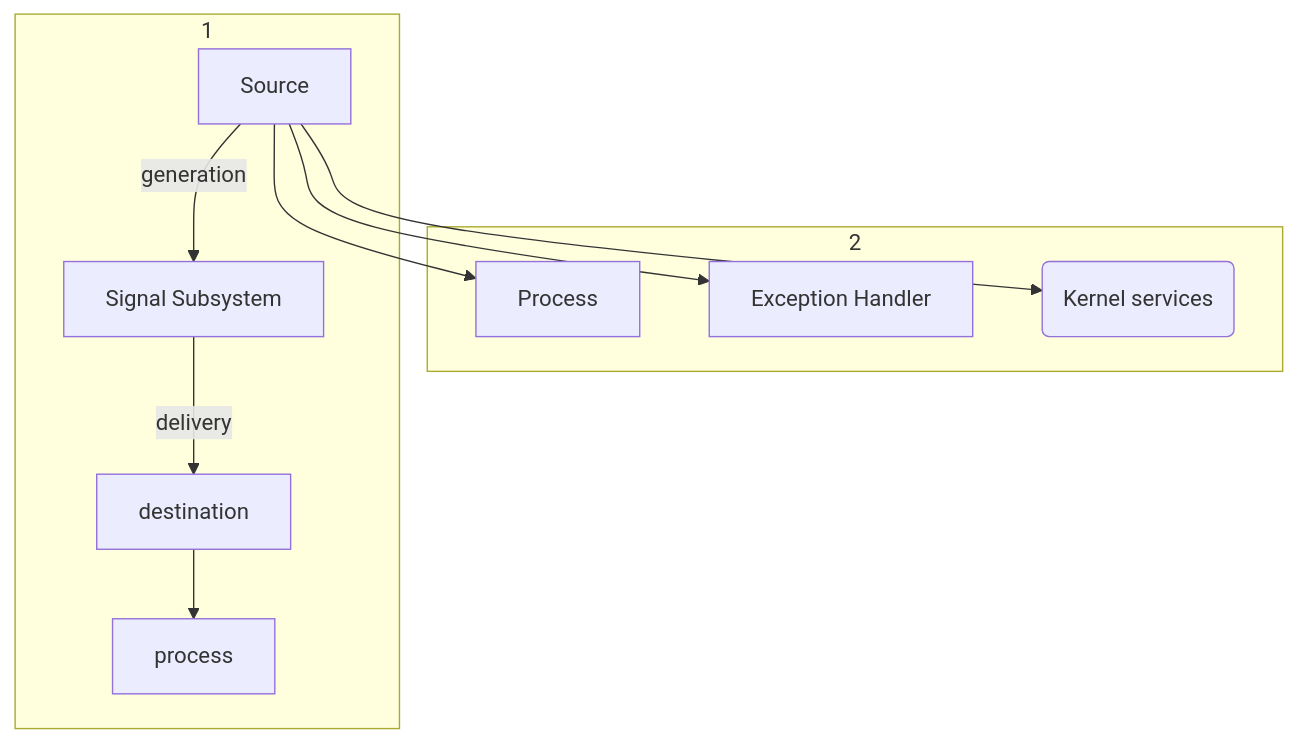
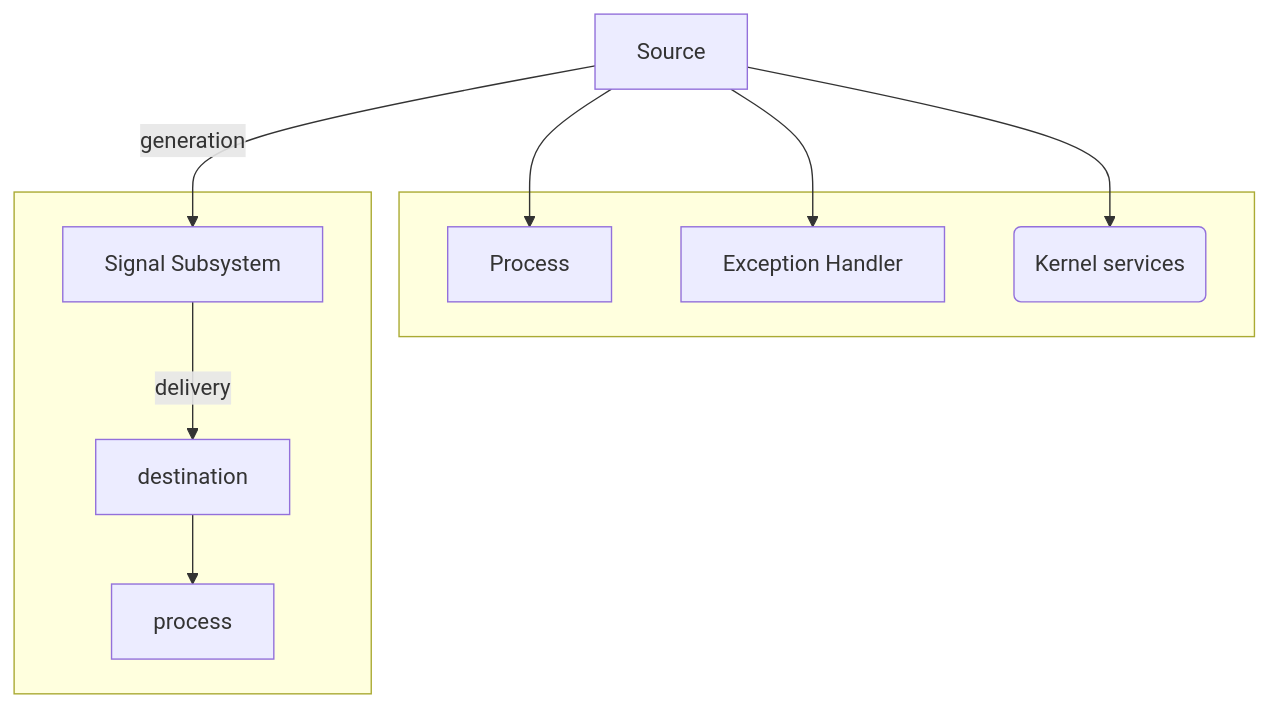
The fifth of 6 diagrams in Linux_Embedded_development.md (DEV-5/MY_NOTES), drawn with Mermaid before and after one commit. The commit also changed other lines of this file, not shown here.

````diff
--- a/Linux_Embedded_development.md
+++ b/Linux_Embedded_development.md
@@ -1586,15 +1593,21 @@
   ```mermaid
   flowchart TD
       B["Source"]
-      subgraph 1
+      
       B --generation-->C[Signal Subsystem]
+      B --> F[Process]
+      B --> G[Exception Handler]
+      B --> H(Kernel services)
+      
+      subgraph  
+      F
+      G
+      H
+      end
+      
+      subgraph  
       C --delivery-->D[destination]
       D -->E[process]
       end
-      
-      subgraph 2
-      B-->F[Process]
-      B-->G[Exception Handler]
-      B-->H(Kernel services)
-      end						
+  
   ```
````
